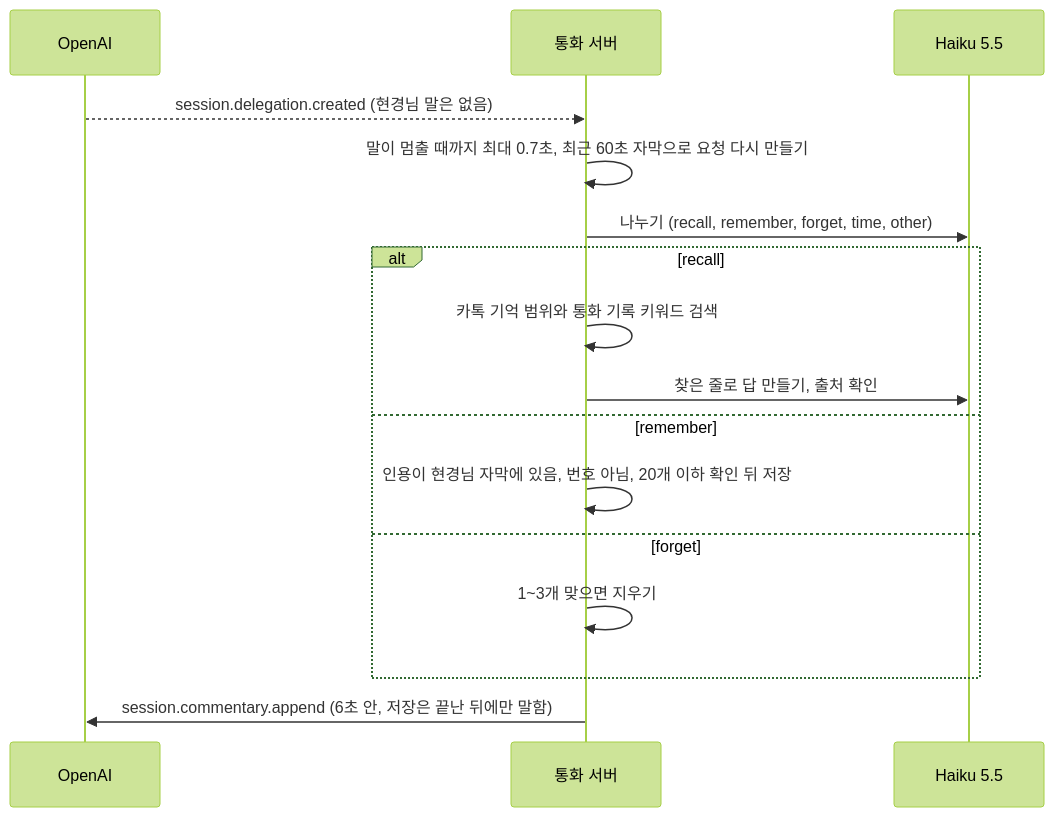
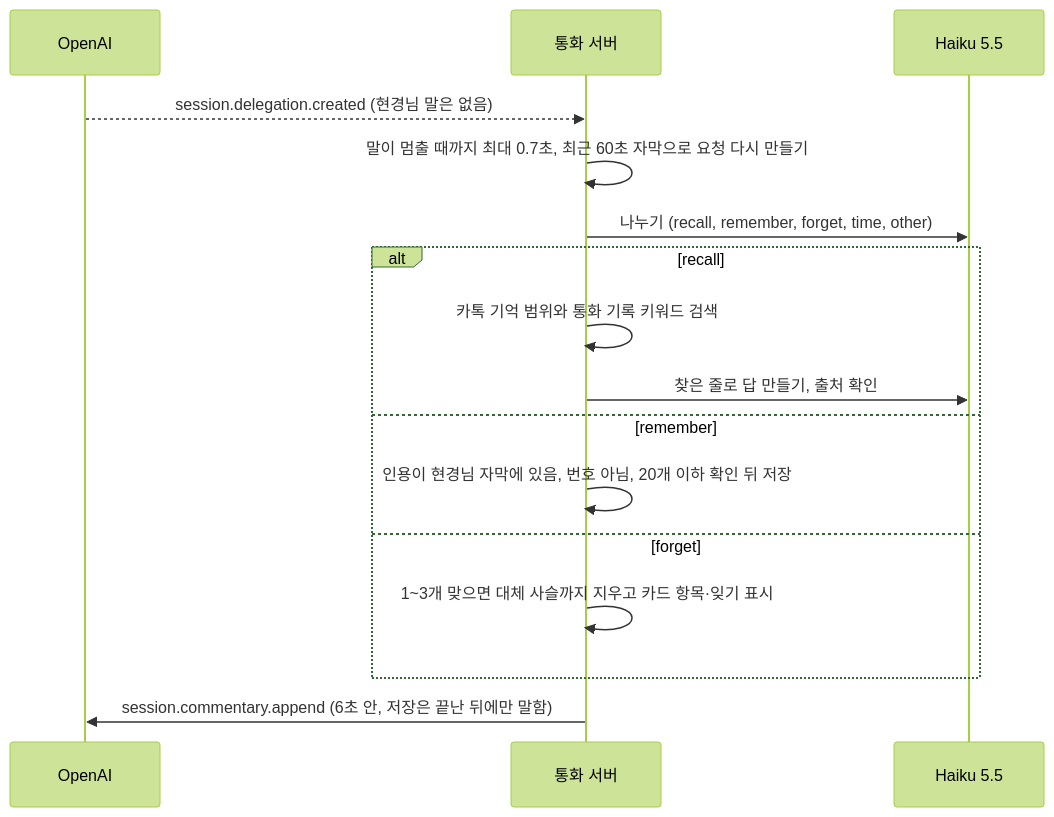
Before and after one commit to kodonghui/marong2: the third of 3 diagrams in docs/call-design.md, drawn with Mermaid (forest theme). The commit also changed other lines of this file and 22 other files, not shown here.

````diff
--- a/docs/call-design.md
+++ b/docs/call-design.md
@@ -65,18 +66,18 @@
 ```mermaid
 sequenceDiagram
   participant O as OpenAI
   participant S as 통화 서버
   participant H as Haiku 5.5
   O-->>S: session.delegation.created (현경님 말은 없음)
   S->>S: 말이 멈출 때까지 최대 0.7초, 최근 60초 자막으로 요청 다시 만들기
   S->>H: 나누기 (recall, remember, forget, time, other)
   alt recall
     S->>S: 카톡 기억 범위와 통화 기록 키워드 검색
     S->>H: 찾은 줄로 답 만들기, 출처 확인
   else remember
     S->>S: 인용이 현경님 자막에 있음, 번호 아님, 20개 이하 확인 뒤 저장
   else forget
-    S->>S: 1~3개 맞으면 지우기
+    S->>S: 1~3개 맞으면 대체 사슬까지 지우고 카드 항목·잊기 표시
   end
   S->>O: session.commentary.append (6초 안, 저장은 끝난 뒤에만 말함)
 ```
````
